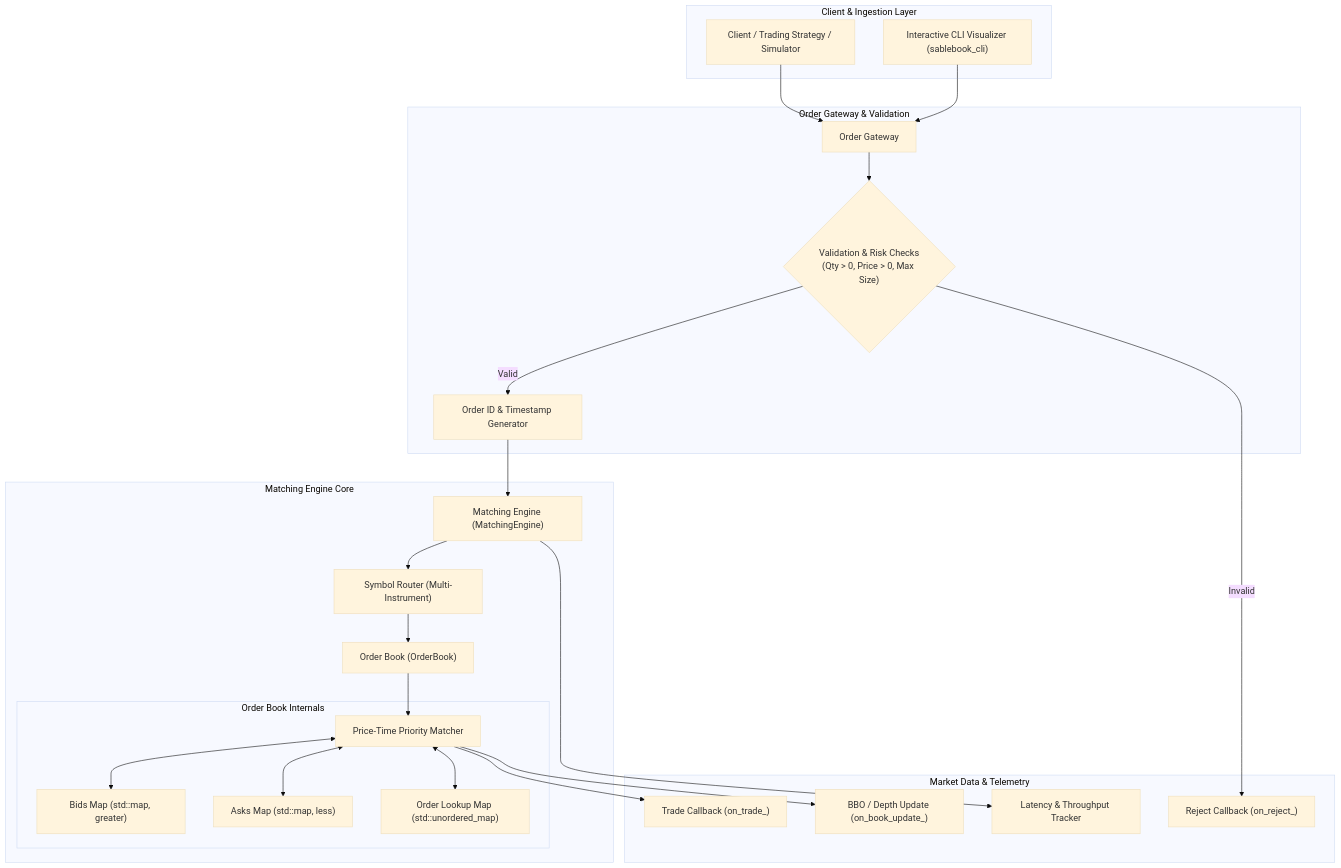
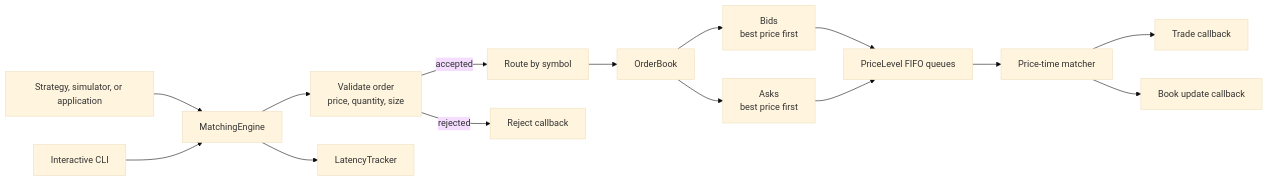
One commit to raogaurav17/SableBook changed the first of 2 diagrams in README.md. Above: the diagram before and after it, drawn with Mermaid (base theme). The commit also changed other lines of this file and 2 other files, not shown here.

Commit message:
added symbol check in OrderBook

````diff
--- a/README.md
+++ b/README.md
@@ -81,47 +28,20 @@
 ```mermaid
-flowchart TD
-    subgraph ClientLayer ["Client & Ingestion Layer"]
-        Client["Client / Trading Strategy / Simulator"]
-        CLI["Interactive CLI Visualizer (sablebook_cli)"]
-    end
+flowchart LR
+    App["Strategy, simulator, or application"] --> Engine["MatchingEngine"]
+    CLI["Interactive CLI"] --> Engine
 
-    subgraph GatewayLayer ["Order Gateway & Validation"]
-        GW["Order Gateway"]
-        Val{"Validation & Risk Checks\n(Qty > 0, Price > 0, Max Size)"}
-        IDGen["Order ID & Timestamp Generator"]
-    end
+    Engine --> Validate["Validate order\nprice, quantity, size"]
+    Validate -->|accepted| Route["Route by symbol"]
+    Validate -->|rejected| Reject["Reject callback"]
 
-    subgraph EngineLayer ["Matching Engine Core"]
-        ME["Matching Engine (MatchingEngine)"]
-        Router["Symbol Router (Multi-Instrument)"]
-        OB["Order Book (OrderBook)"]
-        
-        subgraph BookInternals ["Order Book Internals"]
-            Bids["Bids Map (std::map, greater)"]
-            Asks["Asks Map (std::map, less)"]
-            Lookup["Order Lookup Map (std::unordered_map)"]
-            Matcher["Price-Time Priority Matcher"]
-        end
-    end
+    Route --> Book["OrderBook"]
+    Book --> Bids["Bids\nbest price first"]
+    Book --> Asks["Asks\nbest price first"]
+    Bids --> Levels["PriceLevel FIFO queues"]
+    Asks --> Levels
 
-    subgraph OutputLayer ["Market Data & Telemetry"]
-        TradeCB["Trade Callback (on_trade_)"]
-        BookCB["BBO / Depth Update (on_book_update_)"]
-        RejectCB["Reject Callback (on_reject_)"]
-        Metrics["Latency & Throughput Tracker"]
-    end
-
-    Client --> GW
-    CLI --> GW
-    GW --> Val
-    Val -- "Valid" --> IDGen --> ME
-    Val -- "Invalid" --> RejectCB
-    ME --> Router --> OB
-    OB --> Matcher
-    Matcher <--> Bids
-    Matcher <--> Asks
-    Matcher <--> Lookup
-    Matcher --> TradeCB
-    Matcher --> BookCB
-    ME --> Metrics
+    Levels --> Match["Price-time matcher"]
+    Match --> Trades["Trade callback"]
+    Match --> Updates["Book update callback"]
+    Engine --> Metrics["LatencyTracker"]
 ```
````
